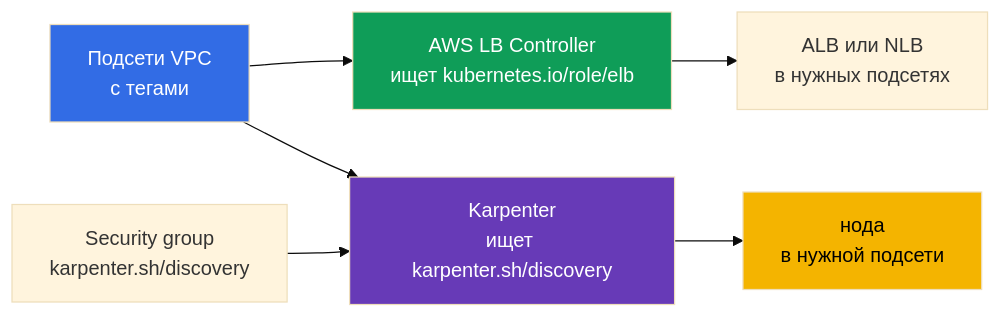
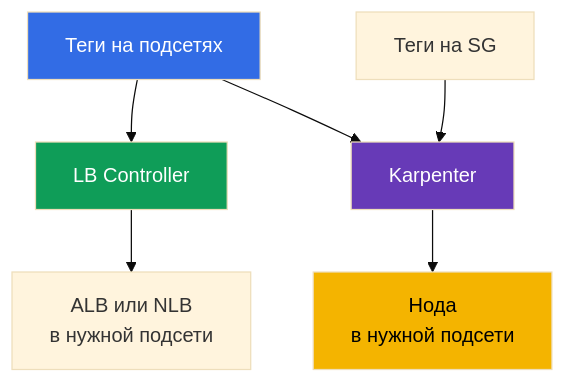
One commit to ViktorUJ/cks changed the fifth of 5 diagrams in tasks/eks/course/00-1-aws/ru.md. Above: the diagram before and after it, drawn with Mermaid (base theme). The commit also changed other lines of this file and 52 other files, not shown here.

````diff
--- a/tasks/eks/course/00-1-aws/ru.md
+++ b/tasks/eks/course/00-1-aws/ru.md
@@ -420,12 +495,12 @@
 ```mermaid
-flowchart LR
-    sub["Подсети VPC<br>с тегами"] --> alb["AWS LB Controller<br>ищет kubernetes.io/role/elb"]
-    sub --> karp["Karpenter<br>ищет karpenter.sh/discovery"]
-    sg["Security group<br>karpenter.sh/discovery"] --> karp
-    alb --> lb["ALB или NLB<br>в нужных подсетях"]
-    karp --> node["нода<br>в нужной подсети"]
+flowchart TB
+    sub["Теги на подсетях"] --> alb["LB Controller"]
+    sub --> karp["Karpenter"]
+    sg["Теги на SG"] --> karp
+    alb --> lb["ALB или NLB<br/>в нужной подсети"]
+    karp --> node["Нода<br/>в нужной подсети"]
     style sub fill:#326ce5,color:#fff
     style alb fill:#0f9d58,color:#fff
     style karp fill:#673ab7,color:#fff
     style node fill:#f4b400,color:#000
 ```
````
